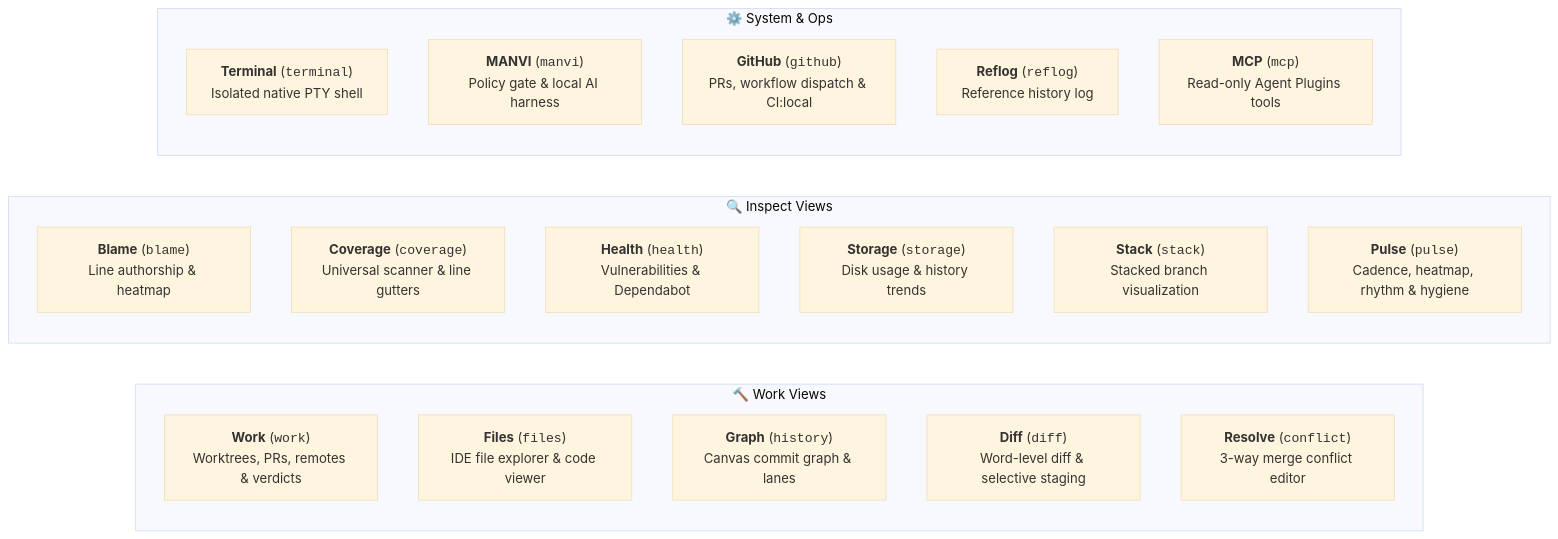
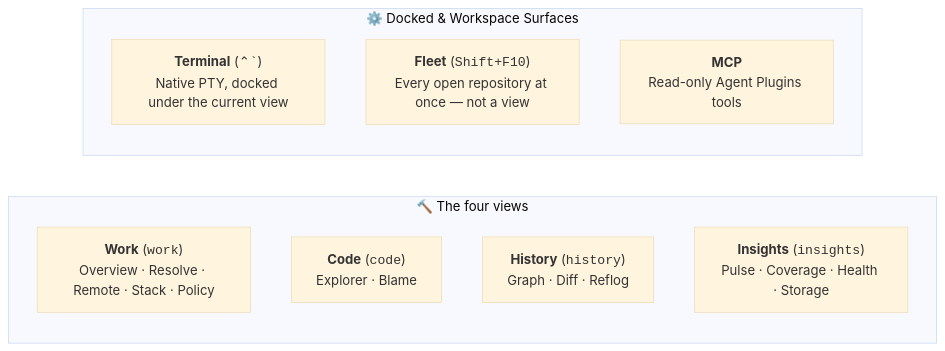
One commit to bharathvbcr/GitPulse changed the second of 4 diagrams in README.md. Above: the diagram before and after it, drawn with Mermaid (base theme). The commit also changed other lines of this file and 199 other files, not shown here.

Commit message:
feat(ia): consolidate fifteen views to four with docked terminal and status language segment

````diff
--- a/README.md
+++ b/README.md
@@ -95,27 +96,15 @@
 ```mermaid
 flowchart LR
-    subgraph Work["🔨 Work Views"]
-        WorkTab["<b>Work</b> (<code>work</code>)<br/>Worktrees, PRs, remotes & verdicts"]
-        Files["<b>Files</b> (<code>files</code>)<br/>IDE file explorer & code viewer"]
-        Graph["<b>Graph</b> (<code>history</code>)<br/>Canvas commit graph & lanes"]
-        Diff["<b>Diff</b> (<code>diff</code>)<br/>Word-level diff & selective staging"]
-        Conflict["<b>Resolve</b> (<code>conflict</code>)<br/>3-way merge conflict editor"]
+    subgraph Views["🔨 The four views"]
+        WorkTab["<b>Work</b> (<code>work</code>)<br/>Overview · Resolve · Remote · Stack · Policy"]
+        Code["<b>Code</b> (<code>code</code>)<br/>Explorer · Blame"]
+        History["<b>History</b> (<code>history</code>)<br/>Graph · Diff · Reflog"]
+        Insights["<b>Insights</b> (<code>insights</code>)<br/>Pulse · Coverage · Health · Storage"]
     end
 
-    subgraph Inspect["🔍 Inspect Views"]
-        Blame["<b>Blame</b> (<code>blame</code>)<br/>Line authorship & heatmap"]
-        Coverage["<b>Coverage</b> (<code>coverage</code>)<br/>Universal scanner & line gutters"]
-        Health["<b>Health</b> (<code>health</code>)<br/>Vulnerabilities & Dependabot"]
-        Storage["<b>Storage</b> (<code>storage</code>)<br/>Disk usage & history trends"]
-        Stack["<b>Stack</b> (<code>stack</code>)<br/>Stacked branch visualization"]
-        Pulse["<b>Pulse</b> (<code>pulse</code>)<br/>Cadence, heatmap, rhythm & hygiene"]
-    end
-
-    subgraph System["⚙️ System & Ops"]
-        Terminal["<b>Terminal</b> (<code>terminal</code>)<br/>Isolated native PTY shell"]
-        MANVI["<b>MANVI</b> (<code>manvi</code>)<br/>Policy gate & local AI harness"]
-        GitHub["<b>GitHub</b> (<code>github</code>)<br/>PRs, workflow dispatch & CI:local"]
-        Reflog["<b>Reflog</b> (<code>reflog</code>)<br/>Reference history log"]
-        MCP["<b>MCP</b> (<code>mcp</code>)<br/>Read-only Agent Plugins tools"]
+    subgraph Docked["⚙️ Docked & Workspace Surfaces"]
+        Terminal["<b>Terminal</b> (<code>⌃`</code>)<br/>Native PTY, docked under the current view"]
+        Fleet["<b>Fleet</b> (<code>Shift+F10</code>)<br/>Every open repository at once — not a view"]
+        MCP["<b>MCP</b><br/>Read-only Agent Plugins tools"]
     end
 ```
````
